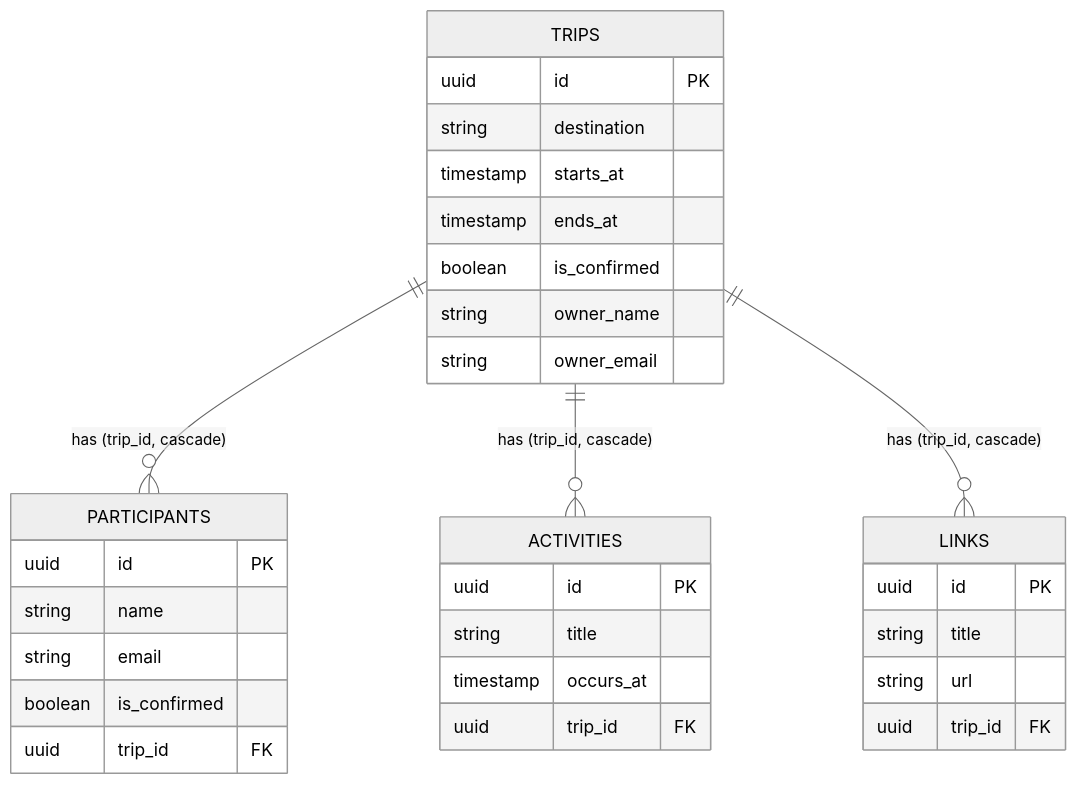
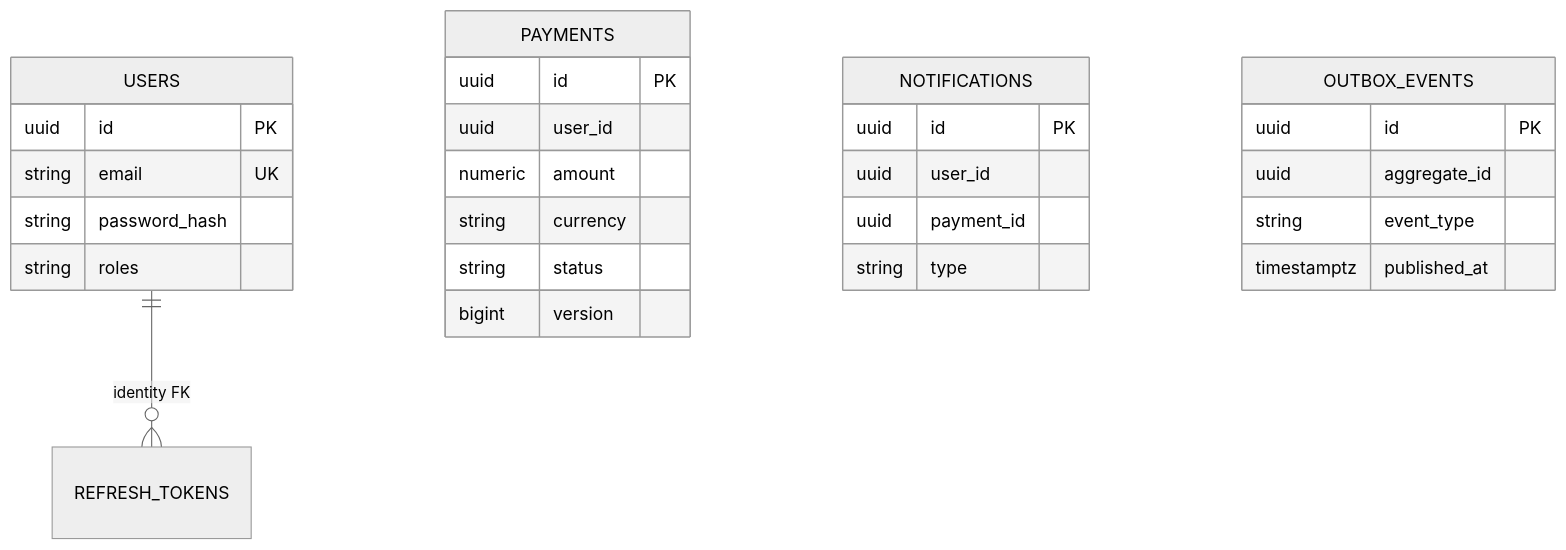
One commit to Andersonlimahw/java-clean-arch-sample changed the fourth of 4 diagrams in docs/architecture.md. Above: the diagram before and after it, drawn with Mermaid (neutral theme). The commit also changed other lines of this file and 11 other files, not shown here.

First line of the commit message:
docs: replace trip-planner architecture with payments ADRs

````diff
--- a/docs/architecture.md
+++ b/docs/architecture.md
@@ -44,34 +113,30 @@
 ```mermaid
 erDiagram
-    TRIPS ||--o{ PARTICIPANTS : "has (trip_id, cascade)"
-    TRIPS ||--o{ ACTIVITIES : "has (trip_id, cascade)"
-    TRIPS ||--o{ LINKS : "has (trip_id, cascade)"
-    TRIPS {
+    USERS ||--o{ REFRESH_TOKENS : "identity FK"
+    USERS {
         uuid id PK
-        string destination
-        timestamp starts_at
-        timestamp ends_at
-        boolean is_confirmed
-        string owner_name
-        string owner_email
+        string email UK
+        string password_hash
+        string roles
     }
-    PARTICIPANTS {
+    PAYMENTS {
         uuid id PK
-        string name
-        string email
-        boolean is_confirmed
-        uuid trip_id FK
+        uuid user_id
+        numeric amount
+        string currency
+        string status
+        bigint version
     }
-    ACTIVITIES {
+    NOTIFICATIONS {
         uuid id PK
-        string title
-        timestamp occurs_at
-        uuid trip_id FK
+        uuid user_id
+        uuid payment_id
+        string type
     }
-    LINKS {
+    OUTBOX_EVENTS {
         uuid id PK
-        string title
-        string url
-        uuid trip_id FK
+        uuid aggregate_id
+        string event_type
+        timestamptz published_at
     }
 ```
````
